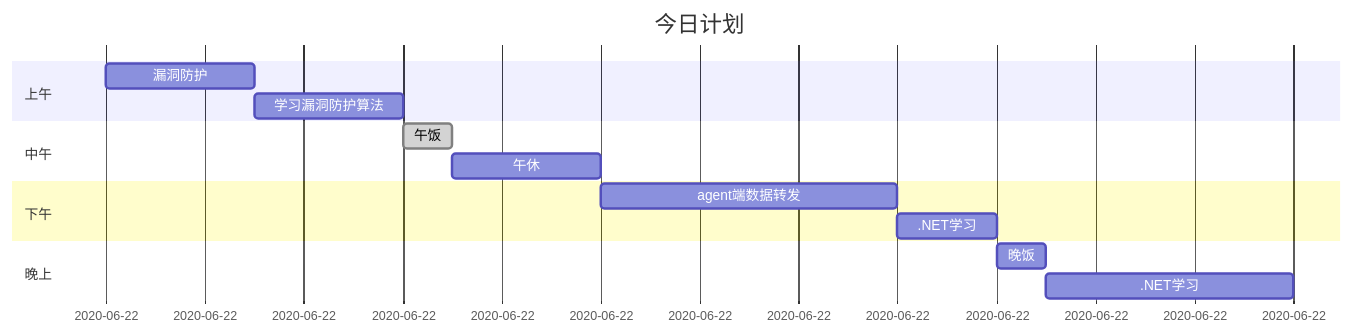
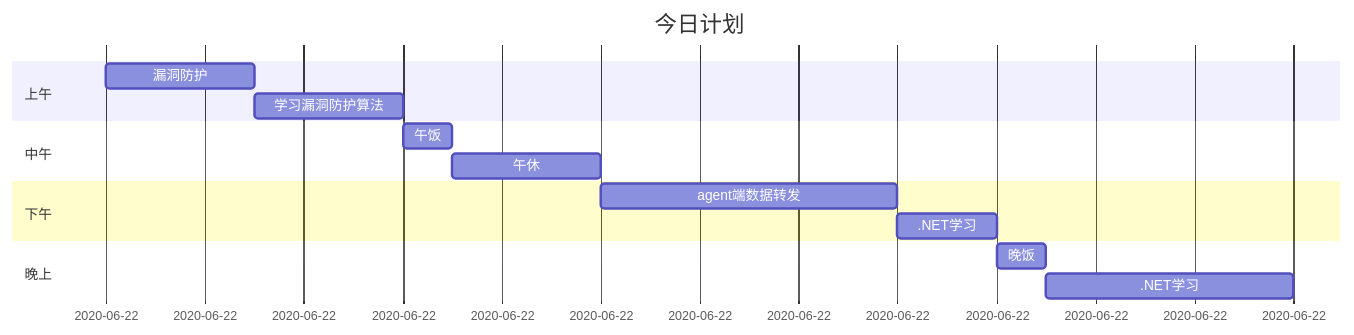
The second of 2 diagrams in Plan.md (luotianqi777/Notebook), drawn with Mermaid before and after one commit. The commit also changed other lines of this file, not shown here.

````diff
--- a/Plan.md
+++ b/Plan.md
@@ -3,17 +19,17 @@
 ```mermaid
 gantt
 dateFormat  HH:mm
 title 今日计划
 section 上午
 漏洞防护: bug, 09:00, 90m
 学习漏洞防护算法: after bug, 12:00
 section 中午
-午饭: done, lunch, 12:00, 30m
+午饭: lunch, 12:00, 30m
 午休: after lunch, 14:00
 section 下午
 agent端数据转发: 14:00, 17:00
 .NET学习: 17:00, 18:00
 section 晚上
 晚饭: dinner, 18:00, 30m
 .NET学习: after dinner, 21:00
 ```
````
